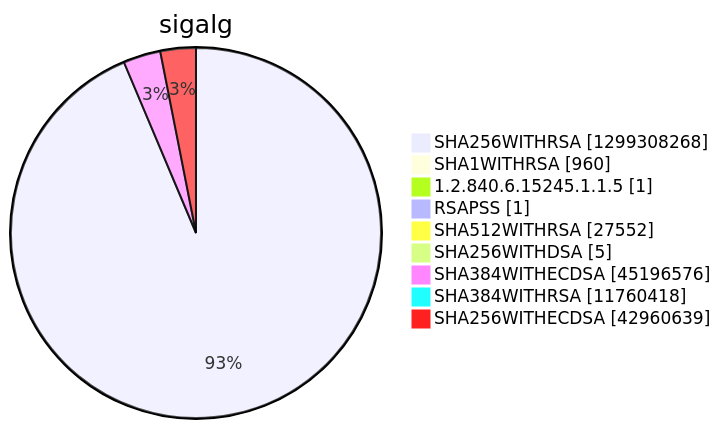
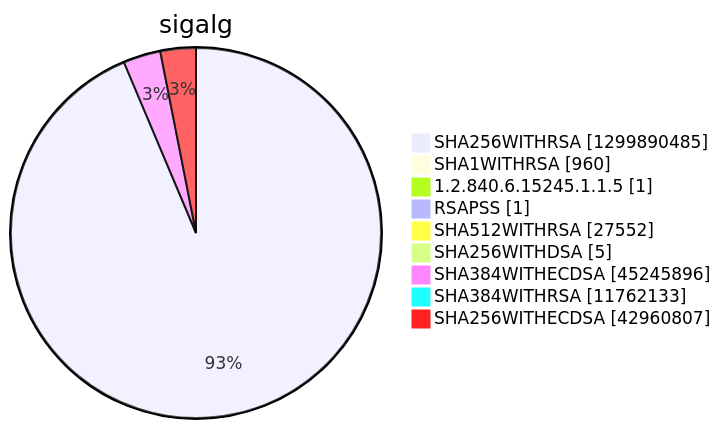
Diagram 15 of 15 in argon2022/README.md (christiankrug/ctmonitor_visualization), drawn with Mermaid before and after one commit. The commit also changed other lines of this file, not shown here.

````diff
--- a/argon2022/README.md
+++ b/argon2022/README.md
@@ -5523,13 +5523,13 @@
 ```mermaid
 pie showData
 title sigalg
-"SHA256WITHRSA" :1299308268
+"SHA256WITHRSA" :1299890485
 "SHA1WITHRSA" :960
 "1.2.840.6.15245.1.1.5" :1
 "RSAPSS" :1
 "SHA512WITHRSA" :27552
 "SHA256WITHDSA" :5
-"SHA384WITHECDSA" :45196576
-"SHA384WITHRSA" :11760418
-"SHA256WITHECDSA" :42960639
+"SHA384WITHECDSA" :45245896
+"SHA384WITHRSA" :11762133
+"SHA256WITHECDSA" :42960807
 ```
````
